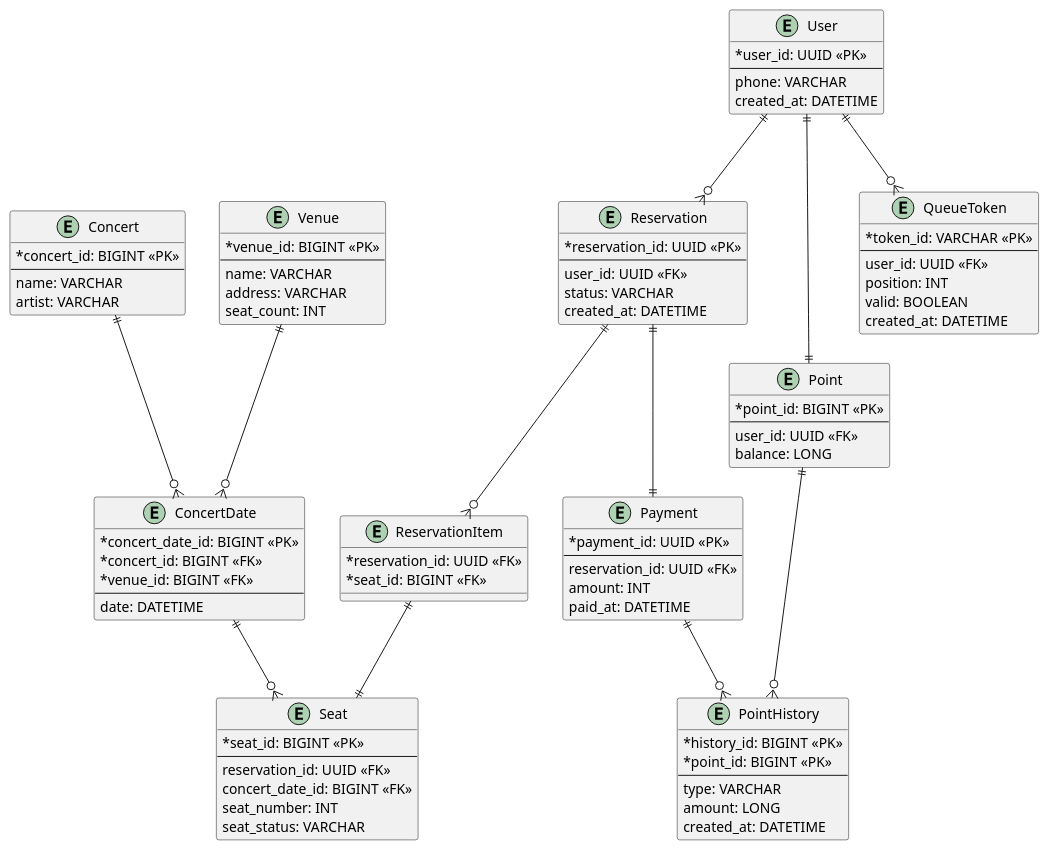
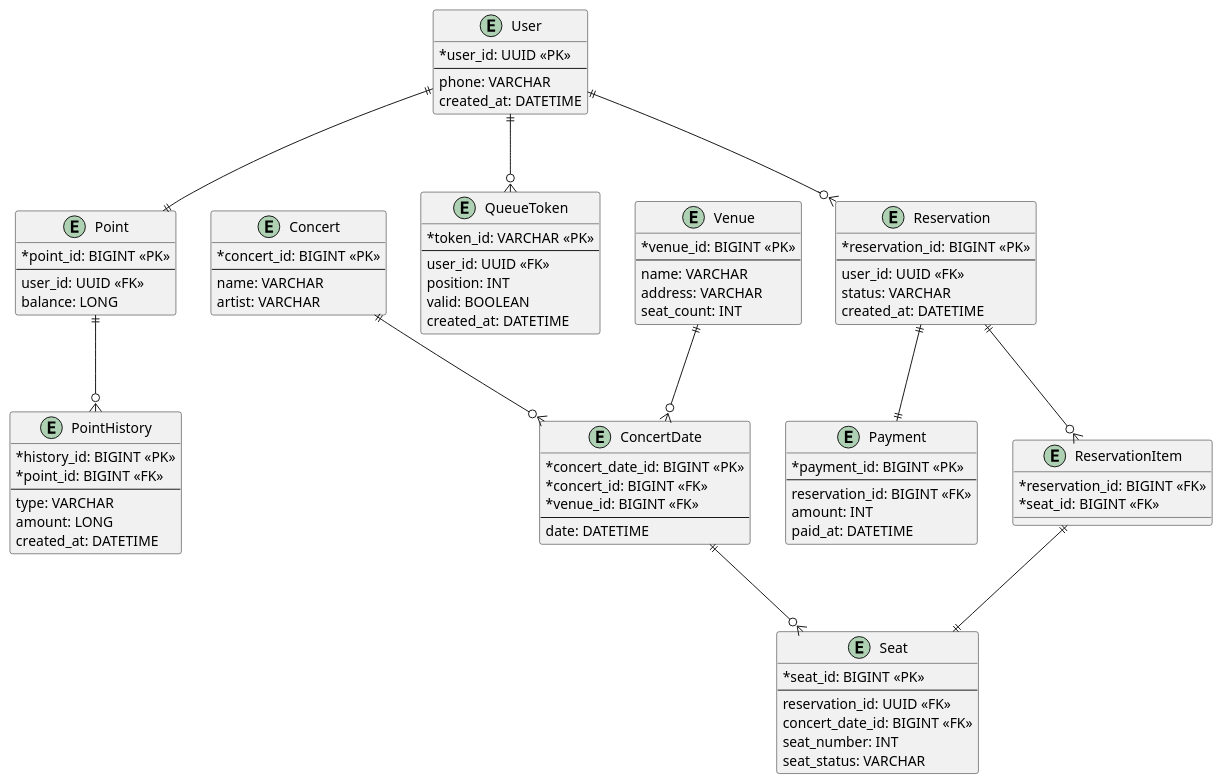
One commit to shAn-kor/hanghae99-server-java changed the diagram in docs/ERD.puml. Above: the diagram before and after it, drawn with PlantUML.

Commit message:
Docs: Fix ERD ERD 수정

```diff
--- a/docs/ERD.puml
+++ b/docs/ERD.puml
@@ -1,101 +1,100 @@
 @startuml
 skinparam classAttributeIconSize 0
 
 entity Concert {
     *concert_id: BIGINT <<PK>>
     --
     name: VARCHAR
     artist: VARCHAR
 }
 
 entity Venue {
     *venue_id: BIGINT <<PK>>
     --
     name: VARCHAR
     address: VARCHAR
     seat_count: INT
 }
 
 entity ConcertDate {
     *concert_date_id: BIGINT <<PK>>
     *concert_id: BIGINT <<FK>>
     *venue_id: BIGINT <<FK>>
     --
     date: DATETIME
 }
 
 entity User {
   *user_id: UUID <<PK>>
   --
   phone: VARCHAR
   created_at: DATETIME
 }
 
 entity PointHistory {
     *history_id: BIGINT <<PK>>
-    *point_id: BIGINT <<PK>>
+    *point_id: BIGINT <<FK>>
     --
     type: VARCHAR
     amount: LONG
     created_at: DATETIME
 }
 
 entity Point {
     *point_id: BIGINT <<PK>>
     --
     user_id: UUID <<FK>>
     balance: LONG
 }
 
 entity QueueToken {
   *token_id: VARCHAR <<PK>>
   --
   user_id: UUID <<FK>>
   position: INT
   valid: BOOLEAN
   created_at: DATETIME
 }
 
 entity Reservation {
-  *reservation_id: UUID <<PK>>
+  *reservation_id: BIGINT <<PK>>
   --
   user_id: UUID <<FK>>
   status: VARCHAR
   created_at: DATETIME
 }
 
 entity ReservationItem {
-  *reservation_id: UUID <<FK>>
+  *reservation_id: BIGINT <<FK>>
   *seat_id: BIGINT <<FK>>
 }
 
 entity Seat {
   *seat_id: BIGINT <<PK>>
   --
   reservation_id: UUID <<FK>>
   concert_date_id: BIGINT <<FK>>
   seat_number: INT
   seat_status: VARCHAR
 }
 
 entity Payment {
-  *payment_id: UUID <<PK>>
+  *payment_id: BIGINT <<PK>>
   --
-  reservation_id: UUID <<FK>>
+  reservation_id: BIGINT <<FK>>
   amount: INT
   paid_at: DATETIME
 }
 
 Concert ||--o{ ConcertDate : ""
 Venue ||--o{ ConcertDate : ""
 User ||--o{ QueueToken : ""
 User ||--|| Point : ""
 Point ||--o{ PointHistory : ""
 User ||--o{ Reservation : ""
 Reservation ||--o{ ReservationItem : ""
 ReservationItem ||--|| Seat : ""
 ConcertDate ||--o{ Seat : ""
 Reservation ||--|| Payment : ""
-Payment ||--o{ PointHistory
 
 @enduml
```
